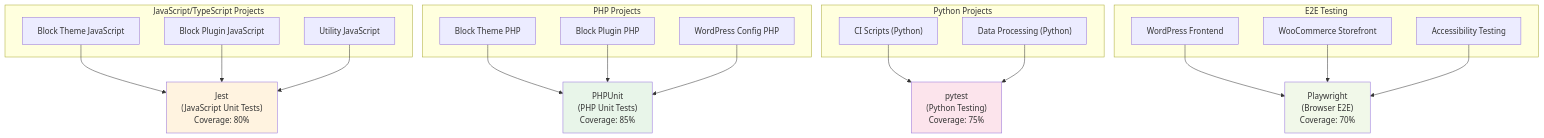
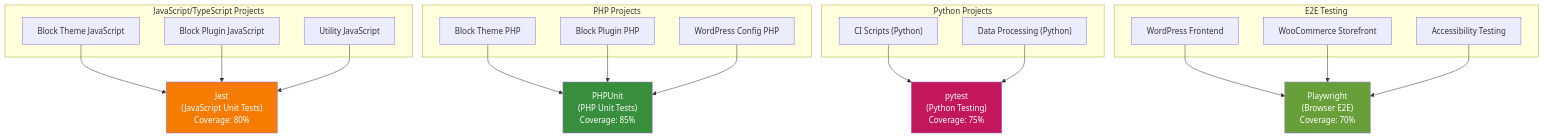
The fourth of 8 diagrams in .github/projects/active/testing-agent-multi-framework-2026-08-12/ARCHITECTURE_DIAGRAMS.md (lightspeedwp/.github), drawn with Mermaid before and after one commit. The commit also changed other lines of this file, not shown here.

Commit message:
fix: Update Mermaid diagram colors for WCAG contrast compliance

````diff
--- a/.github/projects/active/testing-agent-multi-framework-2026-08-12/ARCHITECTURE_DIAGRAMS.md
+++ b/.github/projects/active/testing-agent-multi-framework-2026-08-12/ARCHITECTURE_DIAGRAMS.md
@@ -176,45 +176,45 @@
 ```mermaid
 graph TB
     subgraph JS["JavaScript/TypeScript Projects"]
         J1["Block Theme JavaScript"]
         J2["Block Plugin JavaScript"]
         J3["Utility JavaScript"]
     end
     
     subgraph PHP["PHP Projects"]
         P1["Block Theme PHP"]
         P2["Block Plugin PHP"]
         P3["WordPress Config PHP"]
     end
     
     subgraph PY["Python Projects"]
         PY1["CI Scripts (Python)"]
         PY2["Data Processing (Python)"]
     end
     
     subgraph E2E["E2E Testing"]
         E1["WordPress Frontend"]
         E2["WooCommerce Storefront"]
         E3["Accessibility Testing"]
     end
     
     J1 --> JEST["Jest<br/>(JavaScript Unit Tests)<br/>Coverage: 80%"]
     J2 --> JEST
     J3 --> JEST
     
     P1 --> PHPUNIT["PHPUnit<br/>(PHP Unit Tests)<br/>Coverage: 85%"]
     P2 --> PHPUNIT
     P3 --> PHPUNIT
     
     PY1 --> PYTEST["pytest<br/>(Python Testing)<br/>Coverage: 75%"]
     PY2 --> PYTEST
     
     E1 --> PLAYWRIGHT["Playwright<br/>(Browser E2E)<br/>Coverage: 70%"]
     E2 --> PLAYWRIGHT
     E3 --> PLAYWRIGHT
     
-    style JEST fill:#fff3e0
-    style PHPUNIT fill:#e8f5e9
-    style PYTEST fill:#fce4ec
-    style PLAYWRIGHT fill:#f1f8e9
+    style JEST fill:#f57c00,color:#fff
+    style PHPUNIT fill:#388e3c,color:#fff
+    style PYTEST fill:#c2185b,color:#fff
+    style PLAYWRIGHT fill:#689f38,color:#fff
 ```
````
